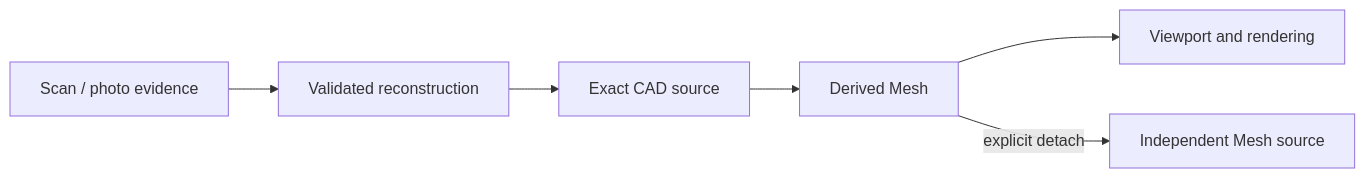
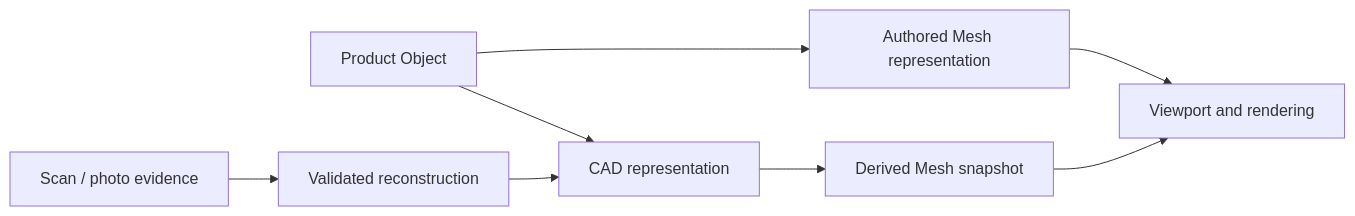
One commit to 1amageek/Rupa changed the first of 4 diagrams in Rupa/GOAL_STATEMENT.md. Above: the diagram before and after it, drawn with Mermaid. The commit also changed other lines of this file and 50 other files, not shown here.

Commit message:
Define multi-representation source authority

````diff
--- a/Rupa/GOAL_STATEMENT.md
+++ b/Rupa/GOAL_STATEMENT.md
@@ -18,8 +20,10 @@
 ```mermaid
 flowchart LR
-    CAD["Exact CAD source"] --> Mesh["Derived Mesh"]
+    Object["Product Object"] --> CAD["CAD representation"]
+    Object --> Editable["Authored Mesh representation"]
+    CAD --> Mesh["Derived Mesh snapshot"]
     Mesh --> Render["Viewport and rendering"]
-    Mesh -->|"explicit detach"| Editable["Independent Mesh source"]
+    Editable --> Render
     Scan["Scan / photo evidence"] --> Reconstruct["Validated reconstruction"]
     Reconstruct --> CAD
 ```
````
